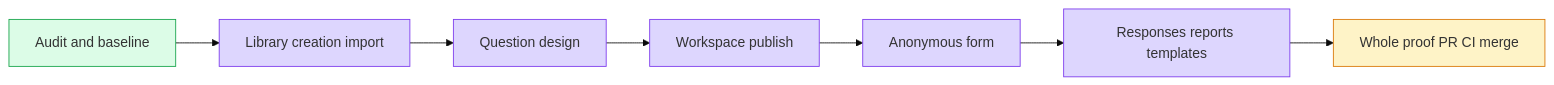
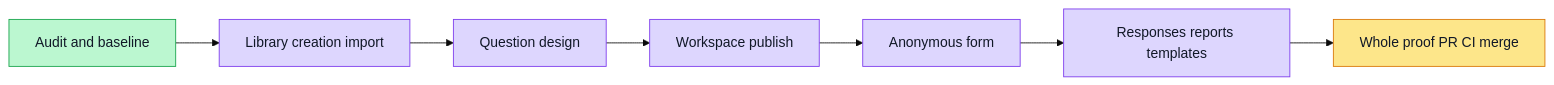
One commit to boardx/workspacex changed the diagram in docs/design/i18n-survey-journey/plan.md. Above: the diagram before and after it, drawn with Mermaid (base theme). The commit also changed other lines of this file and 5 other files, not shown here.

````diff
--- a/docs/design/i18n-survey-journey/plan.md
+++ b/docs/design/i18n-survey-journey/plan.md
@@ -28,14 +28,21 @@
 ```mermaid
 flowchart LR
  A[Audit and baseline] --> B[Library creation import] --> C[Question design] --> D[Workspace publish] --> E[Anonymous form] --> F[Responses reports templates] --> G[Whole proof PR CI merge]
- classDef active fill:#fef3c7,stroke:#d97706
- classDef tested fill:#ddd6fe,stroke:#7c3aed
- classDef done fill:#dcfce7,stroke:#16a34a
- classDef pending fill:#f3f4f6,stroke:#9ca3af
+ classDef todo fill:#e5e7eb,stroke:#6b7280,color:#111827
+ classDef doing fill:#fde68a,stroke:#d97706,color:#111827
+ classDef done fill:#bbf7d0,stroke:#16a34a,color:#111827
+ classDef tested fill:#ddd6fe,stroke:#7c3aed,color:#111827
+ classDef blocked fill:#fecaca,stroke:#dc2626,color:#111827
  class A done
  class B tested
- class C,D,E tested
+ %% evidence B: evidence/i18n-survey-6221/task-1/green.json
+ class C tested
+ %% evidence C: evidence/i18n-survey-6221/task-2/green-final.json
+ class D tested
+ %% evidence D: evidence/i18n-survey-6221/task-3/green-affected.json
+ class E tested
+ %% evidence E: evidence/i18n-survey-6221/task-4/green-affected.json
+ class F tested
  %% evidence F: evidence/i18n-survey-6221/task-5/green-affected.json and task-6/green-affected-final.json
- class F tested
- class G active
+ class G doing
 ```
````
